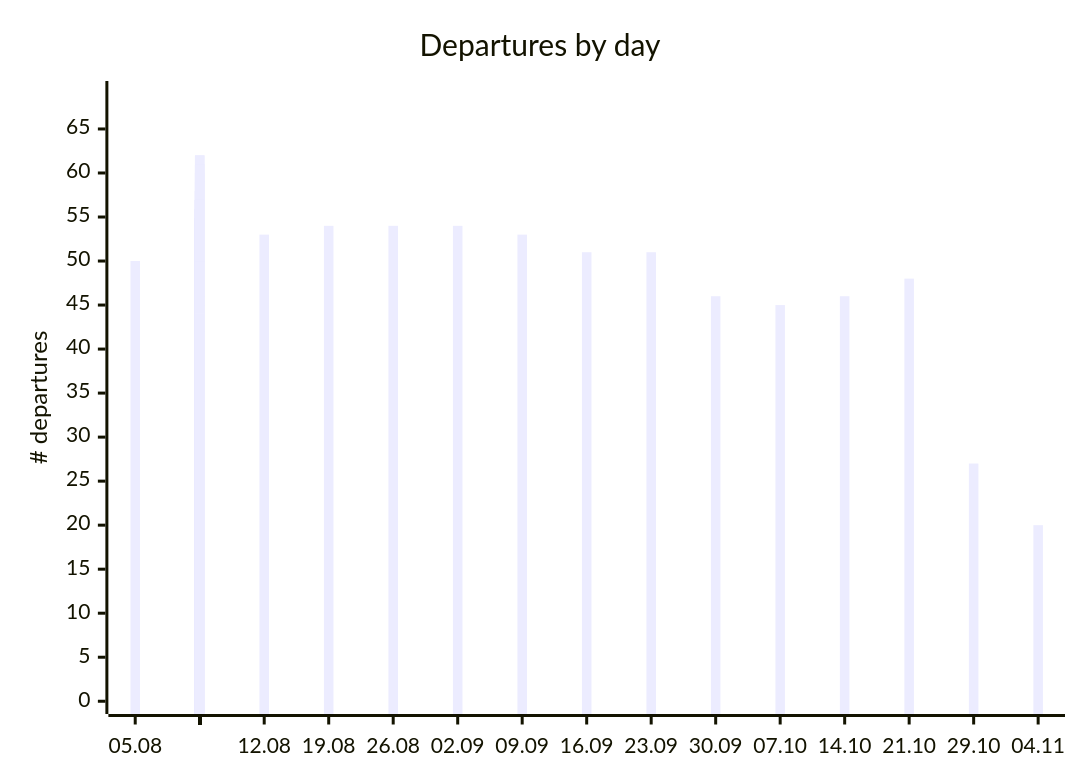
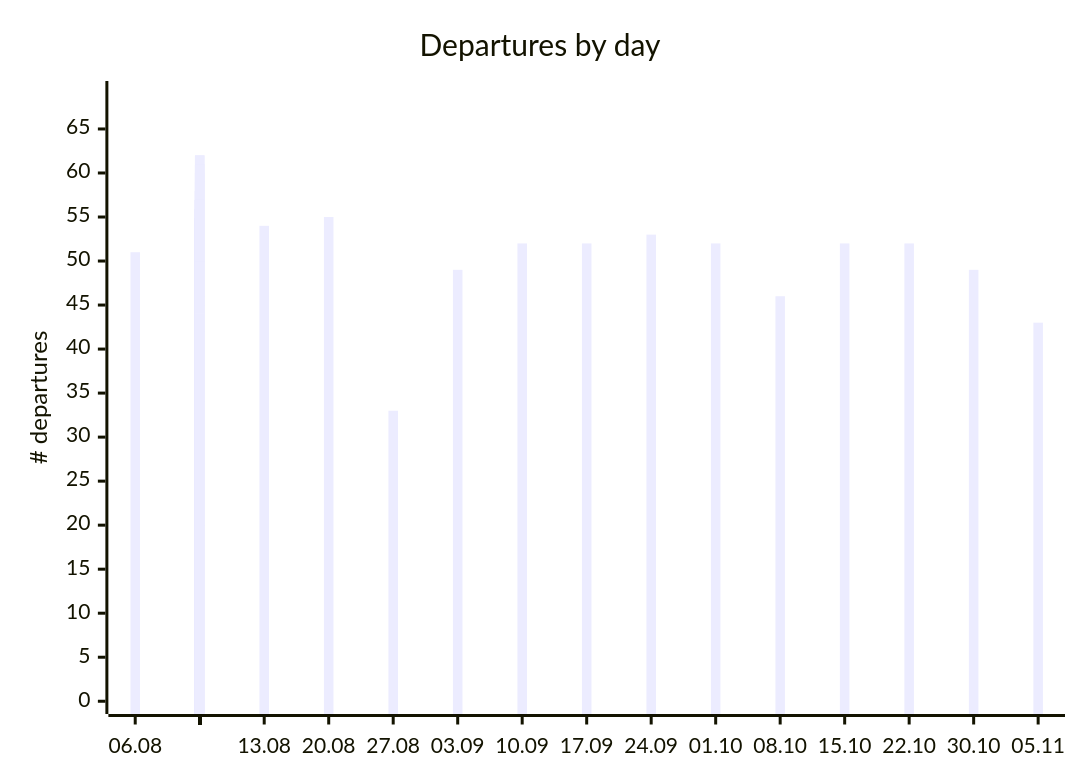
One commit to rainermesi/tll-airport-departures changed the first of 2 diagrams in README.md. Above: the diagram before and after it, drawn with Mermaid. The commit also changed other lines of this file and 3 other files, not shown here.

````diff
--- a/README.md
+++ b/README.md
@@ -65,12 +65,12 @@
 ```mermaid
 ---
 xyChart:
     xAxis:
       labelFontSize: 8
 ---
 xychart-beta
     title "Departures by day"
-    x-axis ["05.08", " ", " ", " ", " ", " ", " ", "12.08", " ", " ", " ", " ", " ", " ", "19.08", " ", " ", " ", " ", " ", " ", "26.08", " ", " ", " ", " ", " ", " ", "02.09", " ", " ", " ", " ", " ", " ", "09.09", " ", " ", " ", " ", " ", " ", "16.09", " ", " ", " ", " ", " ", " ", "23.09", " ", " ", " ", " ", " ", " ", "30.09", " ", " ", " ", " ", " ", " ", "07.10", " ", " ", " ", " ", " ", " ", "14.10", " ", " ", " ", " ", " ", " ", "21.10", " ", " ", " ", " ", " ", " ", "29.10", " ", " ", " ", " ", "04.11"]
+    x-axis ["06.08", " ", " ", " ", " ", " ", " ", "13.08", " ", " ", " ", " ", " ", " ", "20.08", " ", " ", " ", " ", " ", " ", "27.08", " ", " ", " ", " ", " ", " ", "03.09", " ", " ", " ", " ", " ", " ", "10.09", " ", " ", " ", " ", " ", " ", "17.09", " ", " ", " ", " ", " ", " ", "24.09", " ", " ", " ", " ", " ", " ", "01.10", " ", " ", " ", " ", " ", " ", "08.10", " ", " ", " ", " ", " ", " ", "15.10", " ", " ", " ", " ", " ", " ", "22.10", " ", " ", " ", " ", " ", " ", "30.10", " ", " ", " ", " ", "05.11"]
     y-axis "# departures" 0 --> 69
-    bar [50, 51, 62, 45, 57, 58, 43, 53, 54, 61, 48, 57, 60, 46, 54, 55, 60, 43, 58, 58, 48, 54, 33, 32, 34, 52, 54, 45, 54, 49, 62, 42, 56, 57, 48, 53, 52, 61, 44, 54, 56, 47, 51, 52, 59, 43, 52, 55, 46, 51, 53, 57, 40, 48, 54, 42, 46, 52, 54, 40, 48, 50, 36, 45, 46, 53, 35, 49, 50, 34, 46, 52, 58, 44, 55, 56, 46, 48, 52, 57, 46, 50, 46, 51, 27, 49, 49, 50, 44, 20]
+    bar [51, 62, 45, 57, 58, 43, 53, 54, 61, 48, 57, 60, 46, 54, 55, 60, 43, 58, 58, 48, 54, 33, 32, 34, 52, 54, 45, 54, 49, 62, 42, 56, 57, 48, 53, 52, 61, 44, 54, 56, 47, 51, 52, 59, 43, 52, 55, 46, 51, 53, 57, 40, 48, 54, 42, 46, 52, 54, 40, 48, 50, 36, 45, 46, 53, 35, 49, 50, 34, 46, 52, 58, 44, 55, 56, 46, 48, 52, 57, 46, 50, 46, 51, 27, 49, 49, 50, 44, 20, 43]
 ```
````
